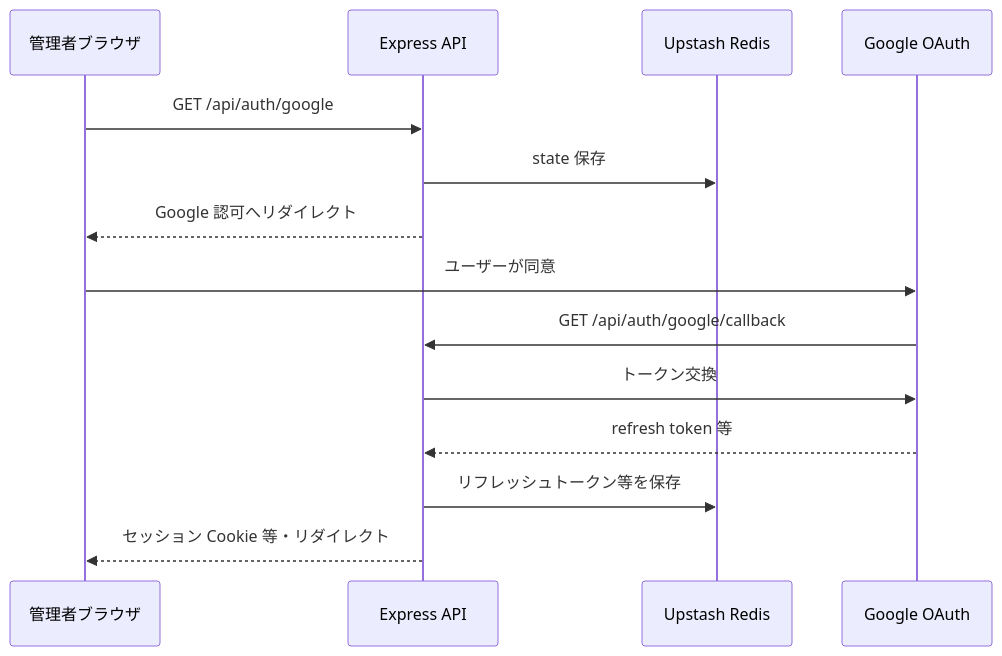
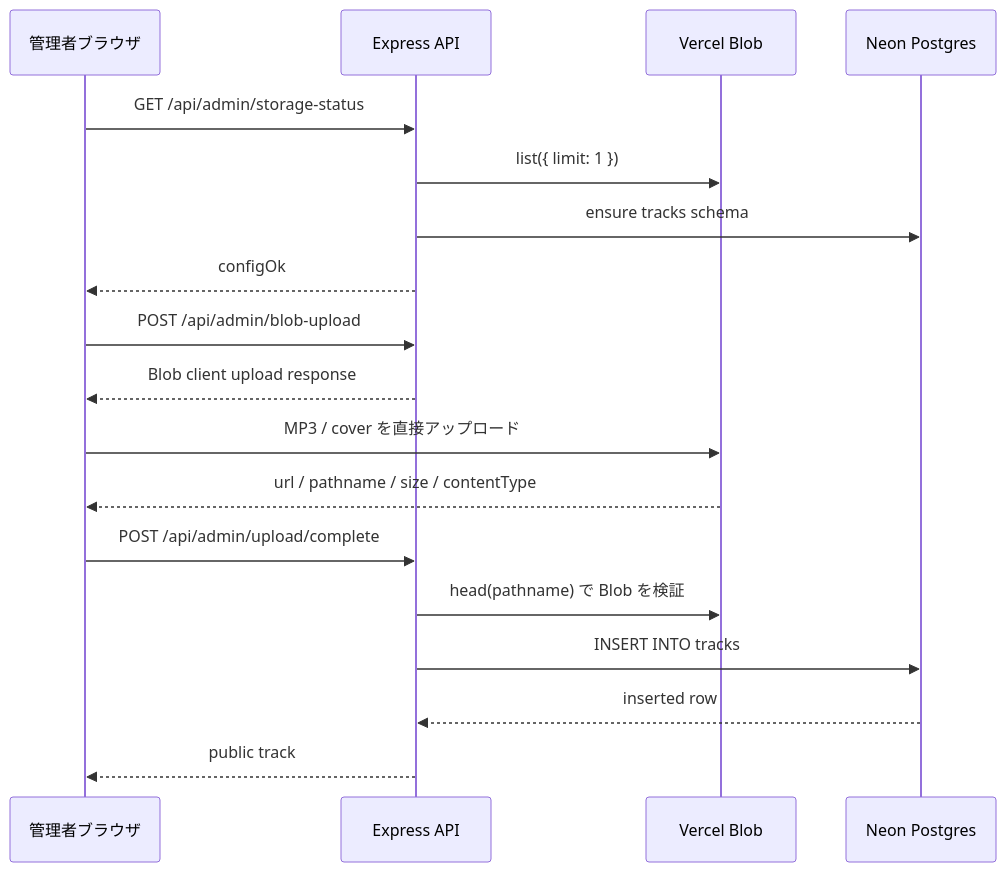
Before and after one commit to RYUKOU-OKUMURA/boss-music: the second of 5 diagrams in docs/バックエンド構成図.md, drawn with Mermaid. The commit also changed other lines of this file and 6 other files, not shown here.

````diff
--- a/docs/バックエンド構成図.md
+++ b/docs/バックエンド構成図.md
@@ -45,17 +39,23 @@
 ```mermaid
 sequenceDiagram
     participant A as 管理者ブラウザ
     participant E as Express API
-    participant R as Upstash Redis
-    participant G as Google OAuth
+    participant B as Vercel Blob
+    participant N as Neon Postgres
 
-    A ->> E: GET /api/auth/google
-    E ->> R: state 保存
-    E -->> A: Google 認可へリダイレクト
-    A ->> G: ユーザーが同意
-    G ->> E: GET /api/auth/google/callback
-    E ->> G: トークン交換
-    G -->> E: refresh token 等
-    E ->> R: リフレッシュトークン等を保存
-    E -->> A: セッション Cookie 等・リダイレクト
+    A ->> E: GET /api/admin/storage-status
+    E ->> B: list({ limit: 1 })
+    E ->> N: ensure tracks schema
+    E -->> A: configOk
+
+    A ->> E: POST /api/admin/blob-upload
+    E -->> A: Blob client upload response
+    A ->> B: MP3 / cover を直接アップロード
+    B -->> A: url / pathname / size / contentType
+
+    A ->> E: POST /api/admin/upload/complete
+    E ->> B: head(pathname) で Blob を検証
+    E ->> N: INSERT INTO tracks
+    N -->> E: inserted row
+    E -->> A: public track
 ```
````
